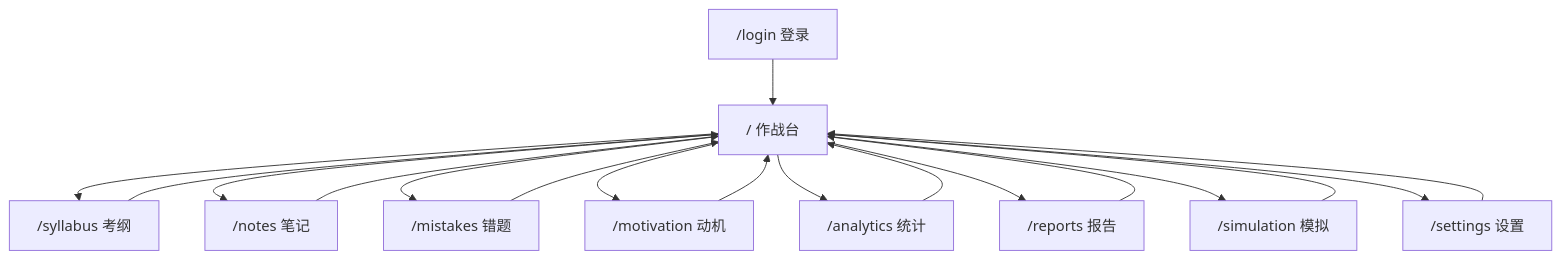
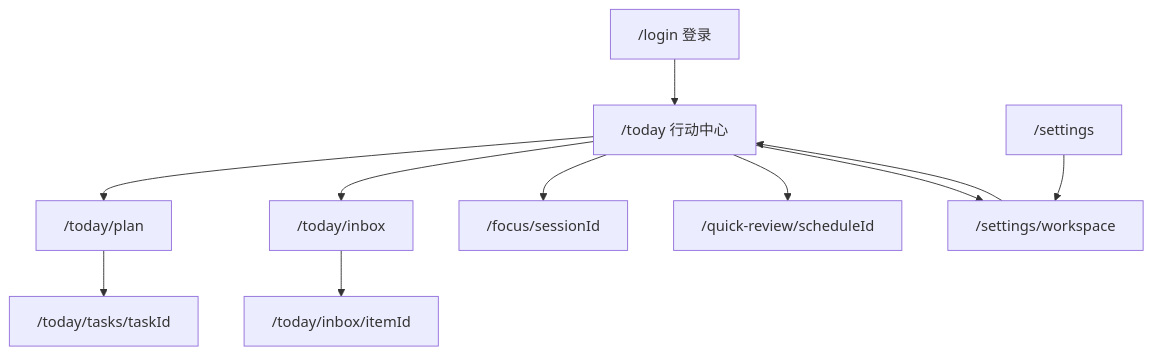
The diagram in docs/ux/site-navigation.md (AreaSong/AreaForge), drawn with Mermaid before and after one commit. The commit also changed other lines of this file and 69 other files, not shown here.

````diff
--- a/docs/ux/site-navigation.md
+++ b/docs/ux/site-navigation.md
@@ -9,20 +9,13 @@
 ```mermaid
 flowchart TB
-  login["/login 登录"] --> home["/ 作战台"]
-  home --> syllabus["/syllabus 考纲"]
-  home --> notes["/notes 笔记"]
-  home --> mistakes["/mistakes 错题"]
-  home --> motivation["/motivation 动机"]
-  home --> analytics["/analytics 统计"]
-  home --> reports["/reports 报告"]
-  home --> simulation["/simulation 模拟"]
-  home --> settingsPage["/settings 设置"]
-  syllabus --> home
-  notes --> home
-  mistakes --> home
-  motivation --> home
-  analytics --> home
-  reports --> home
-  simulation --> home
-  settingsPage --> home
+  login["/login 登录"] --> today["/today 行动中心"]
+  today --> plan["/today/plan"]
+  today --> inbox["/today/inbox"]
+  today --> focus["/focus/sessionId"]
+  today --> quickReview["/quick-review/scheduleId"]
+  today --> workspace["/settings/workspace"]
+  plan --> task["/today/tasks/taskId"]
+  inbox --> inboxItem["/today/inbox/itemId"]
+  workspace --> today
+  settings["/settings"] --> workspace
 ```
````
